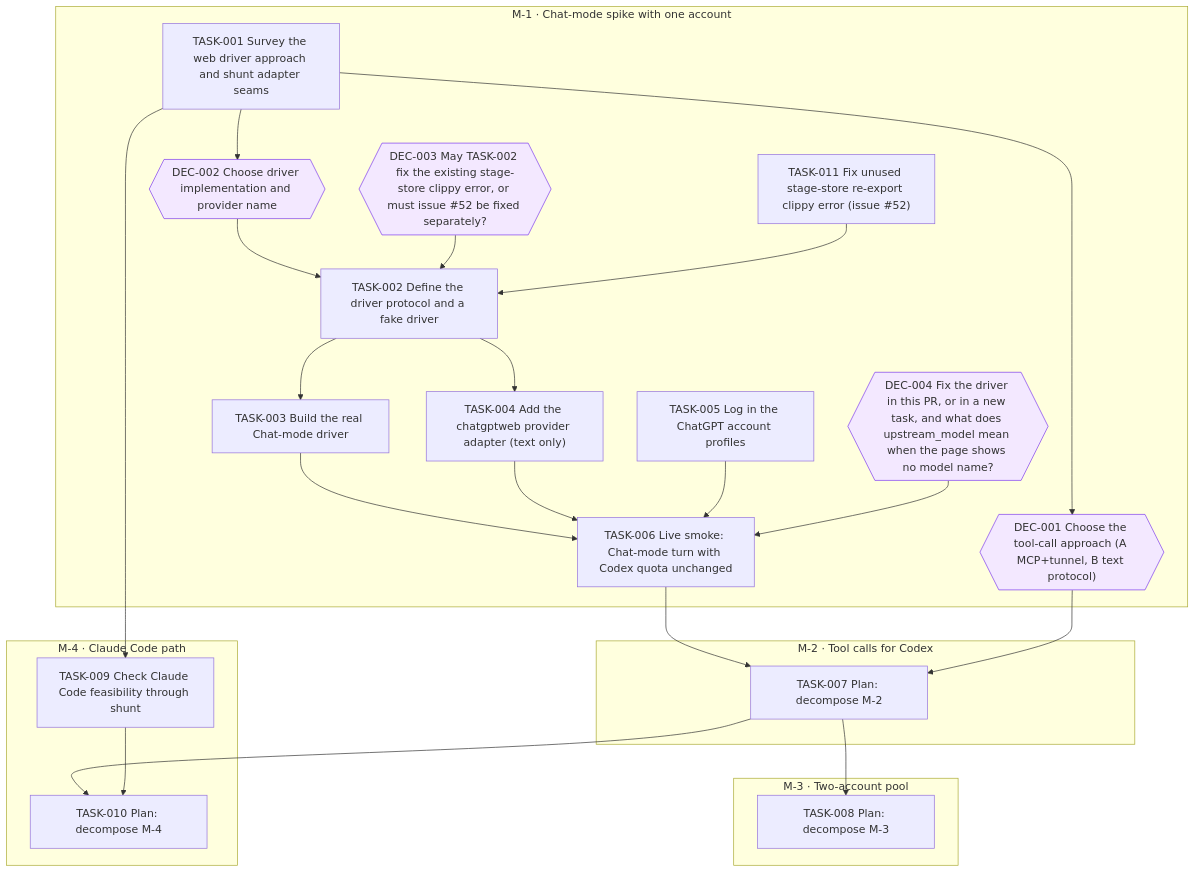
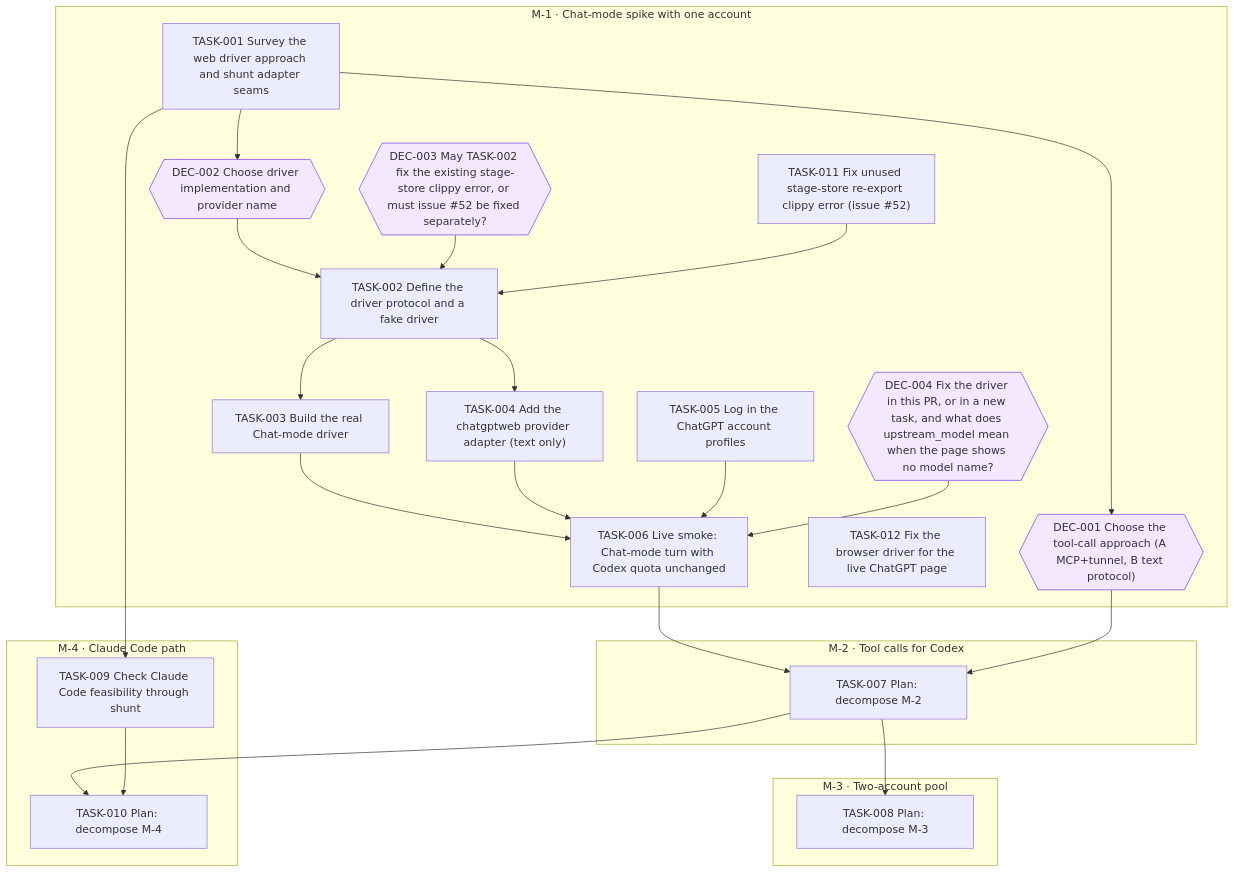
The diagram in goals/chatgptweb-provider/README.md (jesusvillota/shunt), drawn with Mermaid before and after one commit. The commit also changed 1 other file, not shown here.

Commit message:
goal(chatgptweb-provider): add TASK-012 Fix the browser driver for the live ChatGPT page

````diff
--- a/goals/chatgptweb-provider/README.md
+++ b/goals/chatgptweb-provider/README.md
@@ -132,50 +132,51 @@
 ```mermaid
 flowchart TD
   subgraph M_1["M-1 · Chat-mode spike with one account"]
     DEC_001{{"DEC-001 Choose the tool-call approach (A MCP+tunnel, B text protocol)"}}
     DEC_002{{"DEC-002 Choose driver implementation and provider name"}}
     DEC_003{{"DEC-003 May TASK-002 fix the existing stage-store clippy error, or must issue #52 be fixed separately?"}}
     DEC_004{{"DEC-004 Fix the driver in this PR, or in a new task, and what does upstream_model mean when the page shows no model name?"}}
     TASK_001["TASK-001 Survey the web driver approach and shunt adapter seams"]
     TASK_002["TASK-002 Define the driver protocol and a fake driver"]
     TASK_003["TASK-003 Build the real Chat-mode driver"]
     TASK_004["TASK-004 Add the chatgptweb provider adapter (text only)"]
     TASK_005["TASK-005 Log in the ChatGPT account profiles"]
     TASK_006["TASK-006 Live smoke: Chat-mode turn with Codex quota unchanged"]
     TASK_011["TASK-011 Fix unused stage-store re-export clippy error (issue #52)"]
+    TASK_012["TASK-012 Fix the browser driver for the live ChatGPT page"]
   end
   subgraph M_2["M-2 · Tool calls for Codex"]
     TASK_007["TASK-007 Plan: decompose M-2"]
   end
   subgraph M_3["M-3 · Two-account pool"]
     TASK_008["TASK-008 Plan: decompose M-3"]
   end
   subgraph M_4["M-4 · Claude Code path"]
     TASK_009["TASK-009 Check Claude Code feasibility through shunt"]
     TASK_010["TASK-010 Plan: decompose M-4"]
   end
   TASK_001 --> DEC_001
   TASK_001 --> DEC_002
   DEC_002 --> TASK_002
   DEC_003 --> TASK_002
   TASK_011 --> TASK_002
   TASK_002 --> TASK_003
   TASK_002 --> TASK_004
   TASK_003 --> TASK_006
   TASK_004 --> TASK_006
   TASK_005 --> TASK_006
   DEC_004 --> TASK_006
   TASK_006 --> TASK_007
   DEC_001 --> TASK_007
   TASK_007 --> TASK_008
   TASK_001 --> TASK_009
   TASK_007 --> TASK_010
   TASK_009 --> TASK_010
   classDef draft stroke-dasharray: 4 3
   classDef cancelled opacity:0.45
   classDef decision fill:#f3e8ff,stroke:#7c3aed
   class DEC_001 decision
   class DEC_002 decision
   class DEC_003 decision
   class DEC_004 decision
 ```
````
